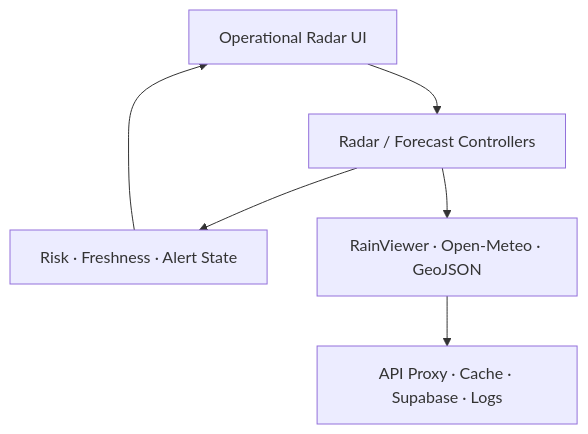
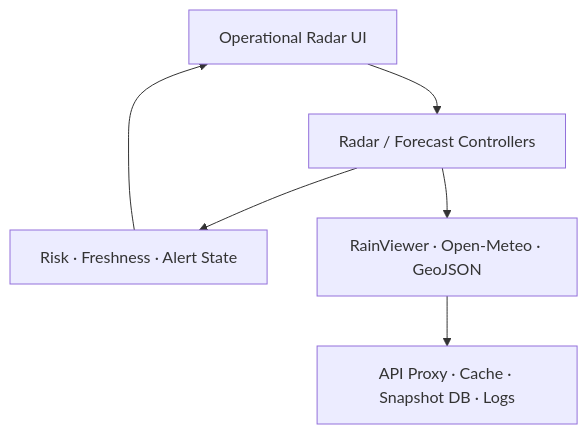
Before and after one commit to pop372440-art/boluang-disaster-gis: the diagram in docs/radar-architecture.md, drawn with Mermaid. The commit also changed other lines of this file and 23 other files, not shown here.

````diff
--- a/docs/radar-architecture.md
+++ b/docs/radar-architecture.md
@@ -53,14 +53,14 @@
 ```mermaid
 flowchart TD
     UI["Operational Radar UI"]
     CTRL["Radar / Forecast Controllers"]
     DOMAIN["Risk · Freshness · Alert State"]
     ADAPTER["RainViewer · Open-Meteo · GeoJSON"]
-    INFRA["API Proxy · Cache · Supabase · Logs"]
+    INFRA["API Proxy · Cache · Snapshot DB · Logs"]
 
     UI --> CTRL
     CTRL --> DOMAIN
     CTRL --> ADAPTER
     ADAPTER --> INFRA
     DOMAIN --> UI
 ```
````
